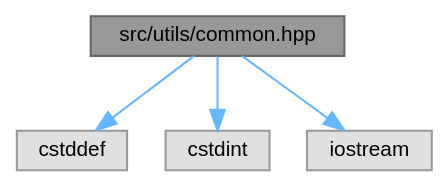
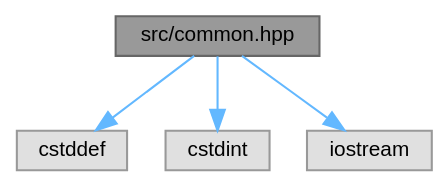
One commit to kejunp/kejunp.github.io changed the diagram in pebbl/docs/common_8hpp__incl.dot. Above: the diagram before and after it, drawn with Graphviz. The commit also changed 37 other files, not shown here.

```diff
--- a/pebbl/docs/common_8hpp__incl.dot
+++ b/pebbl/docs/common_8hpp__incl.dot
@@ -1,14 +1,14 @@
-digraph "src/utils/common.hpp"
+digraph "src/common.hpp"
 {
  // LATEX_PDF_SIZE
   bgcolor="transparent";
   edge [fontname=Helvetica,fontsize=10,labelfontname=Helvetica,labelfontsize=10];
   node [fontname=Helvetica,fontsize=10,shape=box,height=0.2,width=0.4];
-  Node1 [id="Node000001",label="src/utils/common.hpp",height=0.2,width=0.4,color="gray40", fillcolor="grey60", style="filled", fontcolor="black",tooltip=" "];
+  Node1 [id="Node000001",label="src/common.hpp",height=0.2,width=0.4,color="gray40", fillcolor="grey60", style="filled", fontcolor="black",tooltip=" "];
   Node1 -> Node2 [id="edge1_Node000001_Node000002",color="steelblue1",style="solid",tooltip=" "];
   Node2 [id="Node000002",label="cstddef",height=0.2,width=0.4,color="grey60", fillcolor="#E0E0E0", style="filled",tooltip=" "];
   Node1 -> Node3 [id="edge2_Node000001_Node000003",color="steelblue1",style="solid",tooltip=" "];
   Node3 [id="Node000003",label="cstdint",height=0.2,width=0.4,color="grey60", fillcolor="#E0E0E0", style="filled",tooltip=" "];
   Node1 -> Node4 [id="edge3_Node000001_Node000004",color="steelblue1",style="solid",tooltip=" "];
   Node4 [id="Node000004",label="iostream",height=0.2,width=0.4,color="grey60", fillcolor="#E0E0E0", style="filled",tooltip=" "];
 }
```
